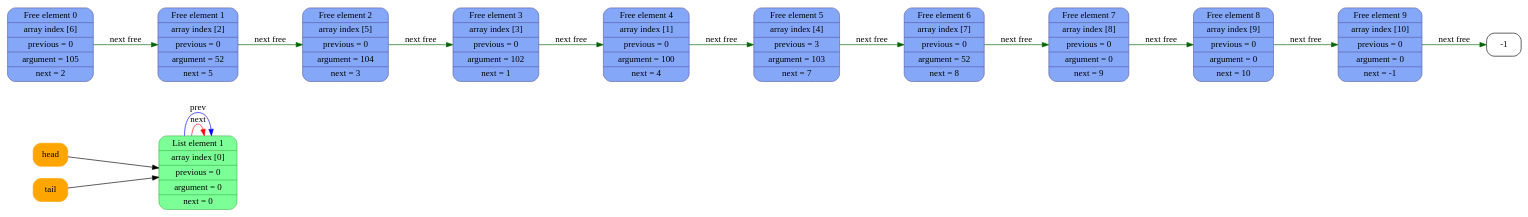
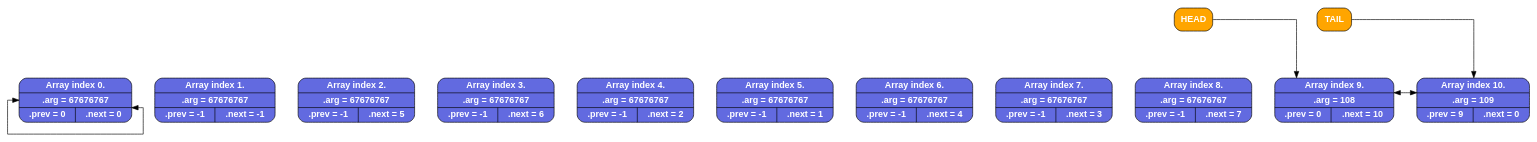
The diagram in DL_list.gv (tikuznezov/Double_link_list), drawn with Graphviz before and after one commit. The commit also changed 6 other files, not shown here.

Commit message:
new version of graphvis in develop

```diff
--- a/DL_list.gv
+++ b/DL_list.gv
@@ -1,33 +1,29 @@
 
 
-digraph 230 {
-node [shape = box, shape = Mrecord]; bgcolor = white; rankdir=LR;
-	0  [label = "                                          List element 0  |                                         array index [0] |                                         previous = 0    |                                         argument =        0 |                                 next = 0"];
-	head [label = "head", style=filled, color = orange];
-	head -> 0
-	tail [label = "tail", style=filled, color = orange];
-	tail -> 0
-	0  [label = "                                          List element 1  |                                             array index [0] |                                             previous = 0    |                                             argument =        0 |                                     next = 0"                                                    style = filled, fillcolor = "#7dff97"    color = "#3fb950"    fontcolor = "#000000"];
-	0 -> 0 [label = "next", color = red];
-	0 -> 0 [label = "prev", color = blue];
-	6  [label = "                                          Free element 0  |                                             array index [6] |                                             previous = 0    |                                             argument =      105 |                                     next = 2",                                                   style = filled, fillcolor = "#84a7f8"    color = "#5d5da4"    fontcolor = "#000000"];
-	6 -> 2 [label = "next free", color = darkgreen];
-	2  [label = "                                          Free element 1  |                                             array index [2] |                                             previous = 0    |                                             argument =       52 |                                     next = 5",                                                   style = filled, fillcolor = "#84a7f8"    color = "#5d5da4"    fontcolor = "#000000"];
-	2 -> 5 [label = "next free", color = darkgreen];
-	5  [label = "                                          Free element 2  |                                             array index [5] |                                             previous = 0    |                                             argument =      104 |                                     next = 3",                                                   style = filled, fillcolor = "#84a7f8"    color = "#5d5da4"    fontcolor = "#000000"];
-	5 -> 3 [label = "next free", color = darkgreen];
-	3  [label = "                                          Free element 3  |                                             array index [3] |                                             previous = 0    |                                             argument =      102 |                                     next = 1",                                                   style = filled, fillcolor = "#84a7f8"    color = "#5d5da4"    fontcolor = "#000000"];
-	3 -> 1 [label = "next free", color = darkgreen];
-	1  [label = "                                          Free element 4  |                                             array index [1] |                                             previous = 0    |                                             argument =      100 |                                     next = 4",                                                   style = filled, fillcolor = "#84a7f8"    color = "#5d5da4"    fontcolor = "#000000"];
-	1 -> 4 [label = "next free", color = darkgreen];
-	4  [label = "                                          Free element 5  |                                             array index [4] |                                             previous = 3    |                                             argument =      103 |                                     next = 7",                                                   style = filled, fillcolor = "#84a7f8"    color = "#5d5da4"    fontcolor = "#000000"];
-	4 -> 7 [label = "next free", color = darkgreen];
-	7  [label = "                                          Free element 6  |                                             array index [7] |                                             previous = 0    |                                             argument =       52 |                                     next = 8",                                                   style = filled, fillcolor = "#84a7f8"    color = "#5d5da4"    fontcolor = "#000000"];
-	7 -> 8 [label = "next free", color = darkgreen];
-	8  [label = "                                          Free element 7  |                                             array index [8] |                                             previous = 0    |                                             argument =        0 |                                     next = 9",                                                   style = filled, fillcolor = "#84a7f8"    color = "#5d5da4"    fontcolor = "#000000"];
-	8 -> 9 [label = "next free", color = darkgreen];
-	9  [label = "                                          Free element 8  |                                             array index [9] |                                             previous = 0    |                                             argument =        0 |                                     next = 10",                                                   style = filled, fillcolor = "#84a7f8"    color = "#5d5da4"    fontcolor = "#000000"];
-	9 -> 10 [label = "next free", color = darkgreen];
-	10  [label = "                                          Free element 9  |                                             array index [10] |                                             previous = 0    |                                             argument =        0 |                                     next = -1",                                                   style = filled, fillcolor = "#84a7f8"    color = "#5d5da4"    fontcolor = "#000000"];
-	10 -> -1 [label = "next free", color = darkgreen];
+digraph 287 {
+rankdir=LR; splines=ortho; nodesep = 1; bgcolor="#FFFFFF";node [shape = Mrecord, style = filled, fillcolor = "#626ae0", fontcolor = "#ffffff", fontname="Helvetica-Bold"];n0     [label="Array index     0.| .arg = 67676767 |{ .prev =     0 | .next =     0}"];
+n1     [label="Array index     1.| .arg = 67676767 |{ .prev =    -1 | .next =    -1}"];
+n2     [label="Array index     2.| .arg = 67676767 |{ .prev =    -1 | .next =     5}"];
+n3     [label="Array index     3.| .arg = 67676767 |{ .prev =    -1 | .next =     6}"];
+n4     [label="Array index     4.| .arg = 67676767 |{ .prev =    -1 | .next =     2}"];
+n5     [label="Array index     5.| .arg = 67676767 |{ .prev =    -1 | .next =     1}"];
+n6     [label="Array index     6.| .arg = 67676767 |{ .prev =    -1 | .next =     4}"];
+n7     [label="Array index     7.| .arg = 67676767 |{ .prev =    -1 | .next =     3}"];
+n8     [label="Array index     8.| .arg = 67676767 |{ .prev =    -1 | .next =     7}"];
+n9     [label="Array index     9.| .arg =      108 |{ .prev =     0 | .next =    10}"];
+n10    [label="Array index    10.| .arg =      109 |{ .prev =     9 | .next =     0}"];
+n0 -> n1 [style=invis, weight=100];
+n1 -> n2 [style=invis, weight=100];
+n2 -> n3 [style=invis, weight=100];
+n3 -> n4 [style=invis, weight=100];
+n4 -> n5 [style=invis, weight=100];
+n5 -> n6 [style=invis, weight=100];
+n6 -> n7 [style=invis, weight=100];
+n7 -> n8 [style=invis, weight=100];
+n8 -> n9 [style=invis, weight=100];
+n9 -> n10 [style=invis, weight=100];
+n9 -> n10 [constraint=false, dir=both];n0 -> n0 [constraint=false, dir=both];head [label = "HEAD", fillcolor = orange];
+tail [label = "TAIL", fillcolor = orange];
+head:e -> n9:n;
+tail:e -> n10:n;
 }
```
